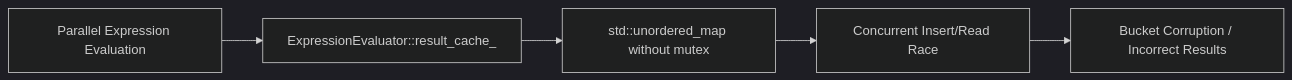
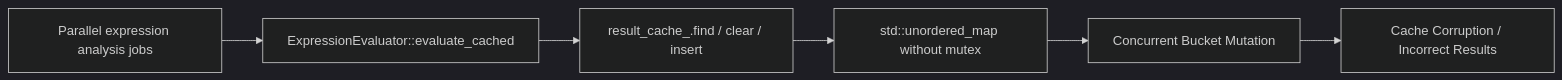
Diagram 18 of 20 in enhanced_exploits.md (DaWasteh/SuperCalc-Sicherheitsbenchmark), drawn with Mermaid (dark theme) before and after one commit. The commit also changed other lines of this file and 31 other files, not shown here.

````diff
--- a/enhanced_exploits.md
+++ b/enhanced_exploits.md
@@ -448,7 +454,8 @@
 ```mermaid
 flowchart LR
-  A[Parallel Expression Evaluation] --> B[ExpressionEvaluator::result_cache_]
-  B --> C[std::unordered_map without mutex]
-  C --> D[Concurrent Insert/Read Race]
-  D --> E[Bucket Corruption / Incorrect Results]
+  A[Parallel expression analysis jobs] --> B[ExpressionEvaluator::evaluate_cached]
+  B --> C[result_cache_.find / clear / insert]
+  C --> D[std::unordered_map without mutex]
+  D --> E[Concurrent Bucket Mutation]
+  E --> F[Cache Corruption / Incorrect Results]
 ```
````
